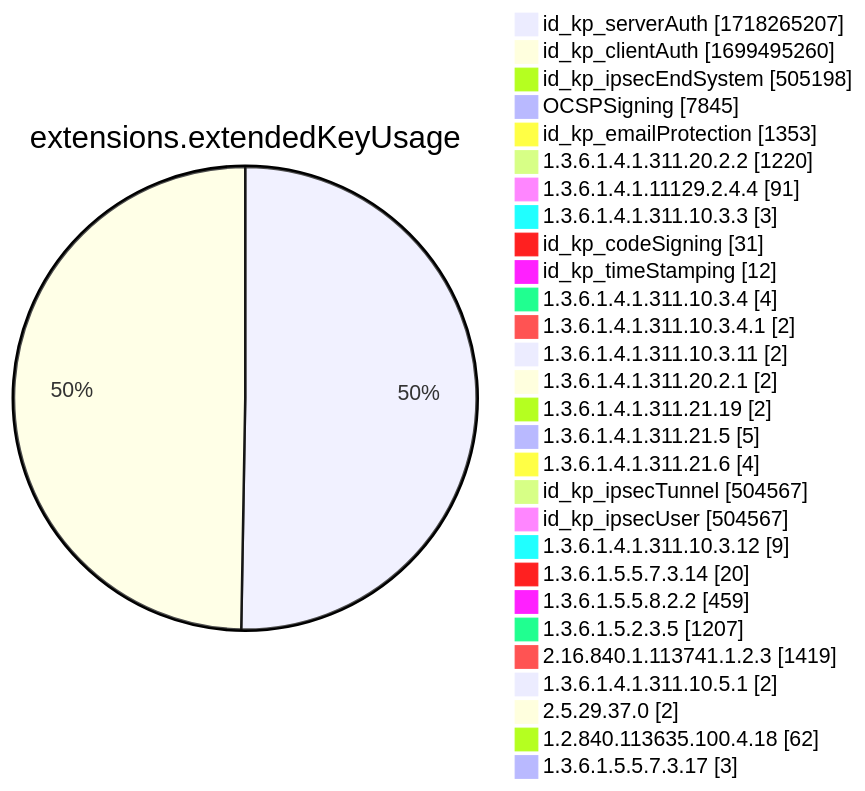
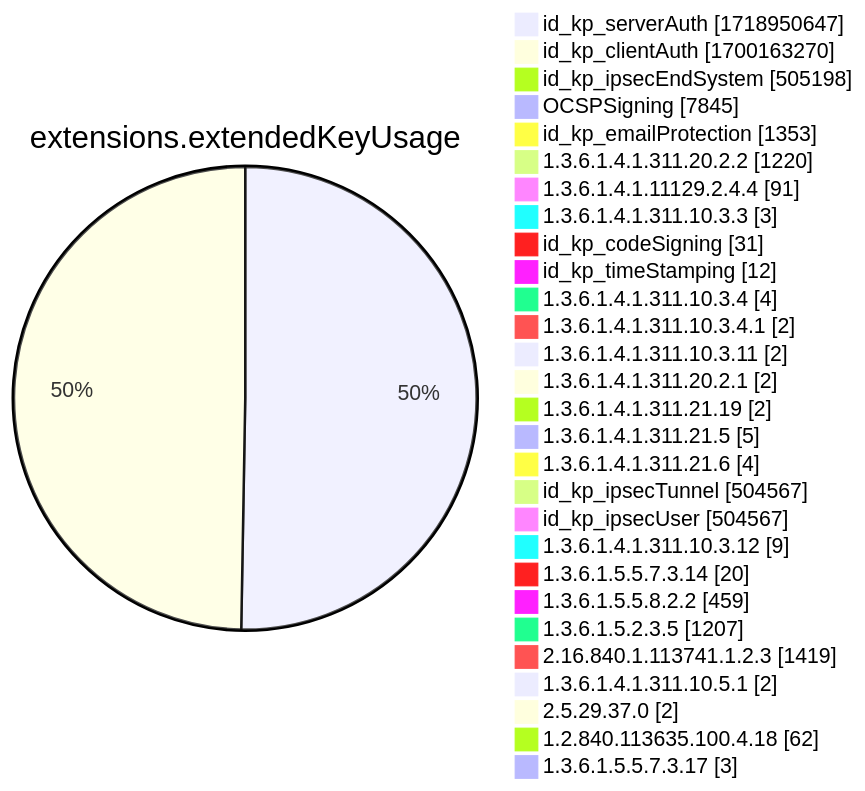
Before and after one commit to christiankrug/ctmonitor_visualization: diagram 12 of 15 in xenon2022/README.md, drawn with Mermaid. The commit also changed other lines of this file, not shown here.

````diff
--- a/xenon2022/README.md
+++ b/xenon2022/README.md
@@ -3889,32 +3889,32 @@
 ```mermaid
 pie showData
 title extensions.extendedKeyUsage
-"id_kp_serverAuth" :1718265207
-"id_kp_clientAuth" :1699495260
+"id_kp_serverAuth" :1718950647
+"id_kp_clientAuth" :1700163270
 "id_kp_ipsecEndSystem" :505198
 "OCSPSigning" :7845
 "id_kp_emailProtection" :1353
 "1.3.6.1.4.1.311.20.2.2" :1220
 "1.3.6.1.4.1.11129.2.4.4" :91
 "1.3.6.1.4.1.311.10.3.3" :3
 "id_kp_codeSigning" :31
 "id_kp_timeStamping" :12
 "1.3.6.1.4.1.311.10.3.4" :4
 "1.3.6.1.4.1.311.10.3.4.1" :2
 "1.3.6.1.4.1.311.10.3.11" :2
 "1.3.6.1.4.1.311.20.2.1" :2
 "1.3.6.1.4.1.311.21.19" :2
 "1.3.6.1.4.1.311.21.5" :5
 "1.3.6.1.4.1.311.21.6" :4
 "id_kp_ipsecTunnel" :504567
 "id_kp_ipsecUser" :504567
 "1.3.6.1.4.1.311.10.3.12" :9
 "1.3.6.1.5.5.7.3.14" :20
 "1.3.6.1.5.5.8.2.2" :459
 "1.3.6.1.5.2.3.5" :1207
 "2.16.840.1.113741.1.2.3" :1419
 "1.3.6.1.4.1.311.10.5.1" :2
 "2.5.29.37.0" :2
 "1.2.840.113635.100.4.18" :62
 "1.3.6.1.5.5.7.3.17" :3
 ```
````
